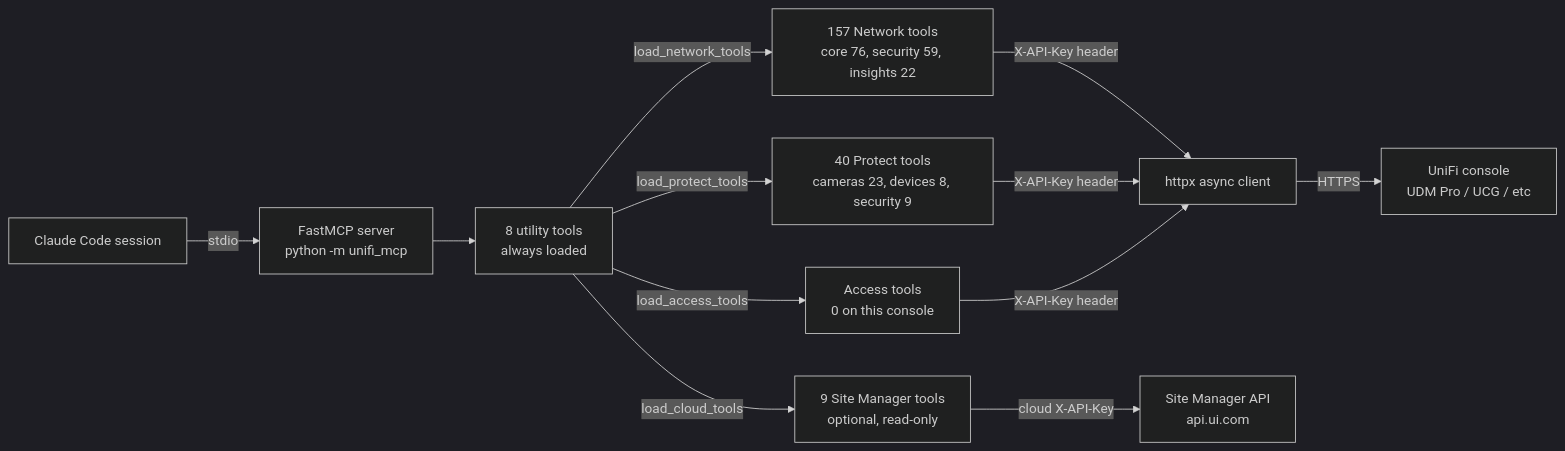
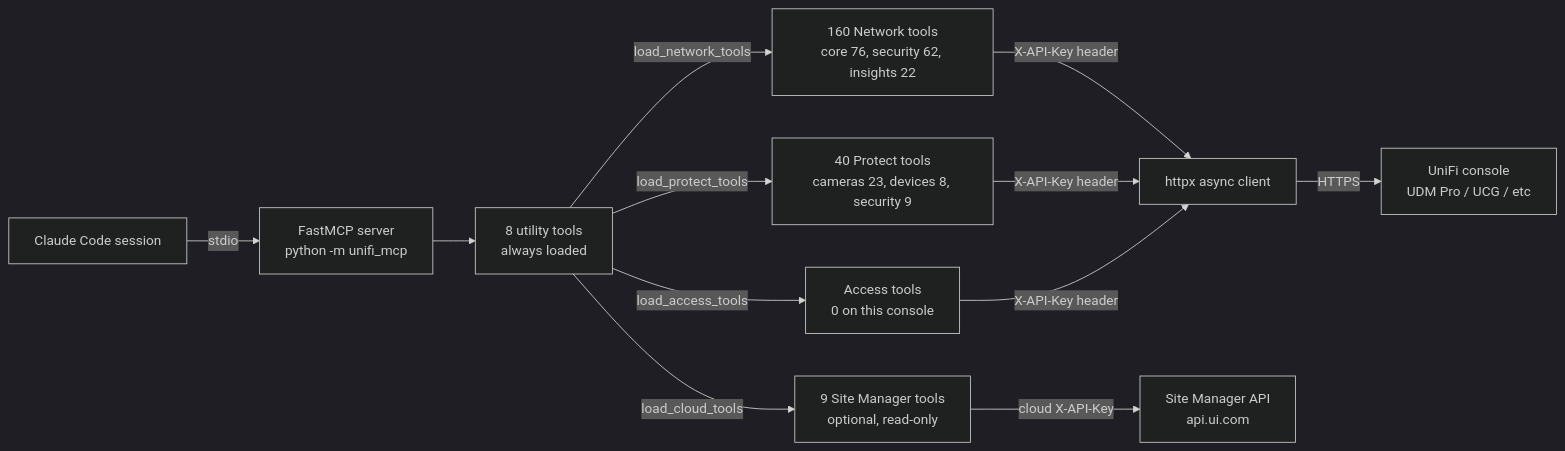
The first of 3 diagrams in README.md (chris2ao/unifi-mcp), drawn with Mermaid (dark theme) before and after one commit. The commit also changed other lines of this file and 23 other files, not shown here.

````diff
--- a/README.md
+++ b/README.md
@@ -178,12 +178,12 @@
 ```mermaid
 flowchart LR
     CC[Claude Code session] -->|stdio| MCP[FastMCP server<br/>python -m unifi_mcp]
     MCP --> UT[8 utility tools<br/>always loaded]
-    UT -->|load_network_tools| NET[157 Network tools<br/>core 76, security 59, insights 22]
+    UT -->|load_network_tools| NET[160 Network tools<br/>core 76, security 62, insights 22]
     UT -->|load_protect_tools| PROT[40 Protect tools<br/>cameras 23, devices 8, security 9]
     UT -->|load_access_tools| ACC[Access tools<br/>0 on this console]
     UT -->|load_cloud_tools| CLD[9 Site Manager tools<br/>optional, read-only]
     NET & PROT & ACC -->|X-API-Key header| HC[httpx async client]
     HC -->|HTTPS| UNIFI[UniFi console<br/>UDM Pro / UCG / etc]
     CLD -->|cloud X-API-Key| CC2[Site Manager API<br/>api.ui.com]
 ```
````
